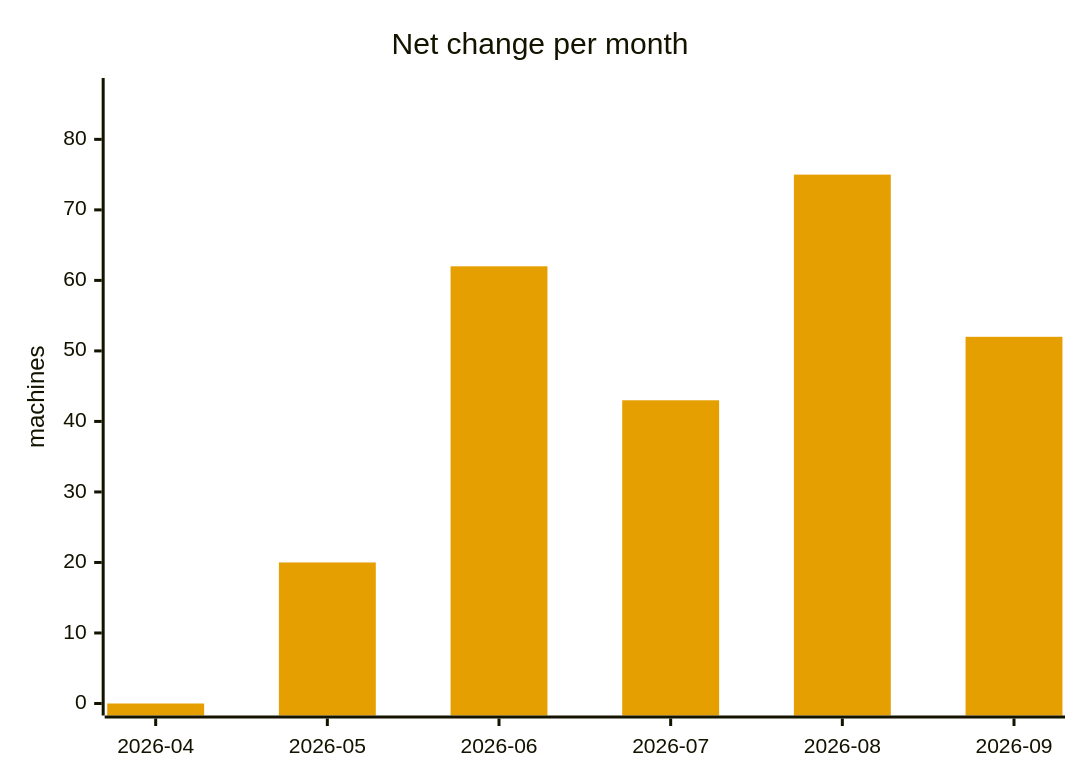
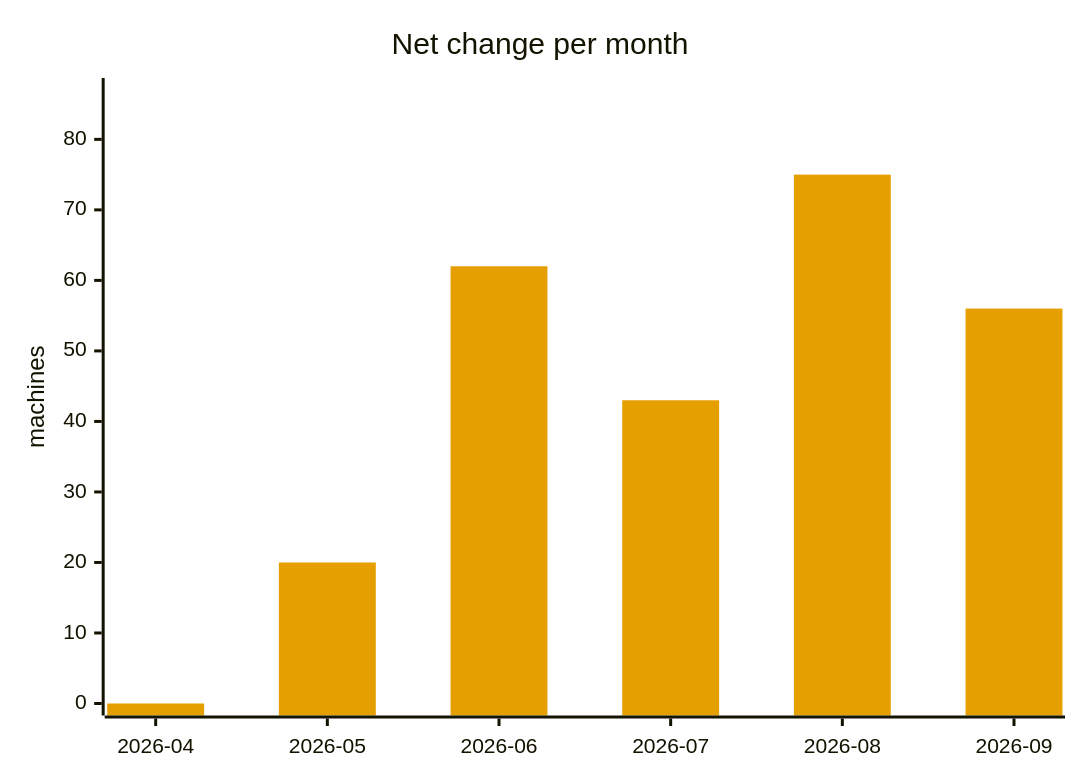
The fifth of 5 diagrams in ANALYSIS.md (cheeaun/returnright-data), drawn with Mermaid before and after one commit. The commit also changed other lines of this file and 3 other files, not shown here.

````diff
--- a/ANALYSIS.md
+++ b/ANALYSIS.md
@@ -220,13 +218,13 @@
 ```mermaid
 ---
 config:
   themeVariables:
     xyChart:
       plotColorPalette: "#E69F00"
 ---
 xychart-beta
     title "Net change per month"
     x-axis ["2026-04", "2026-05", "2026-06", "2026-07", "2026-08", "2026-09"]
     y-axis "machines" 0 --> 87
-    bar [0, 20, 62, 43, 75, 52]
+    bar [0, 20, 62, 43, 75, 56]
 ```
````
